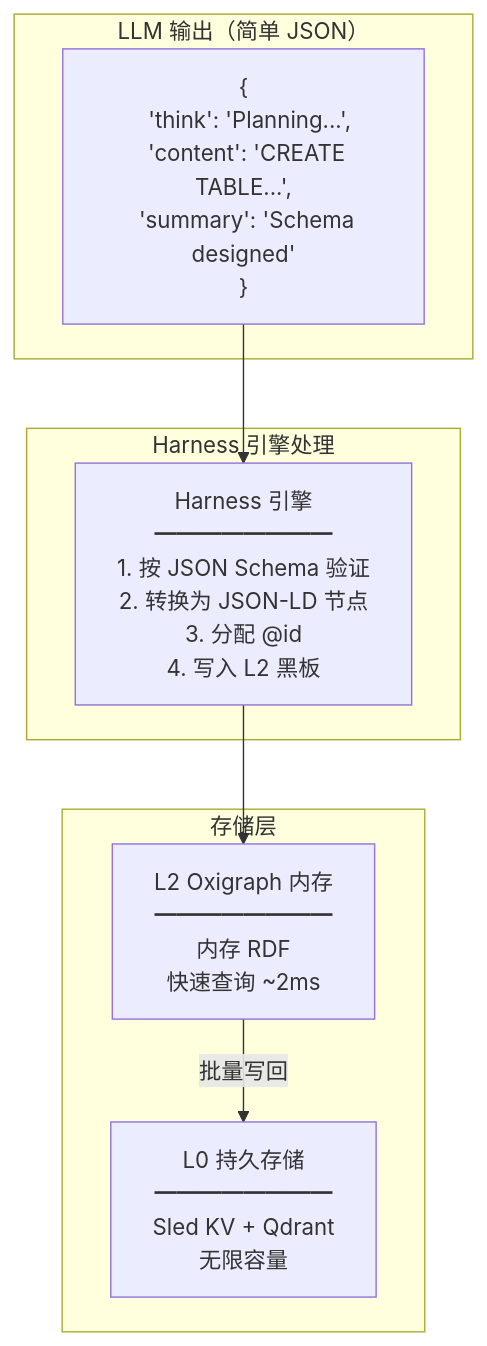
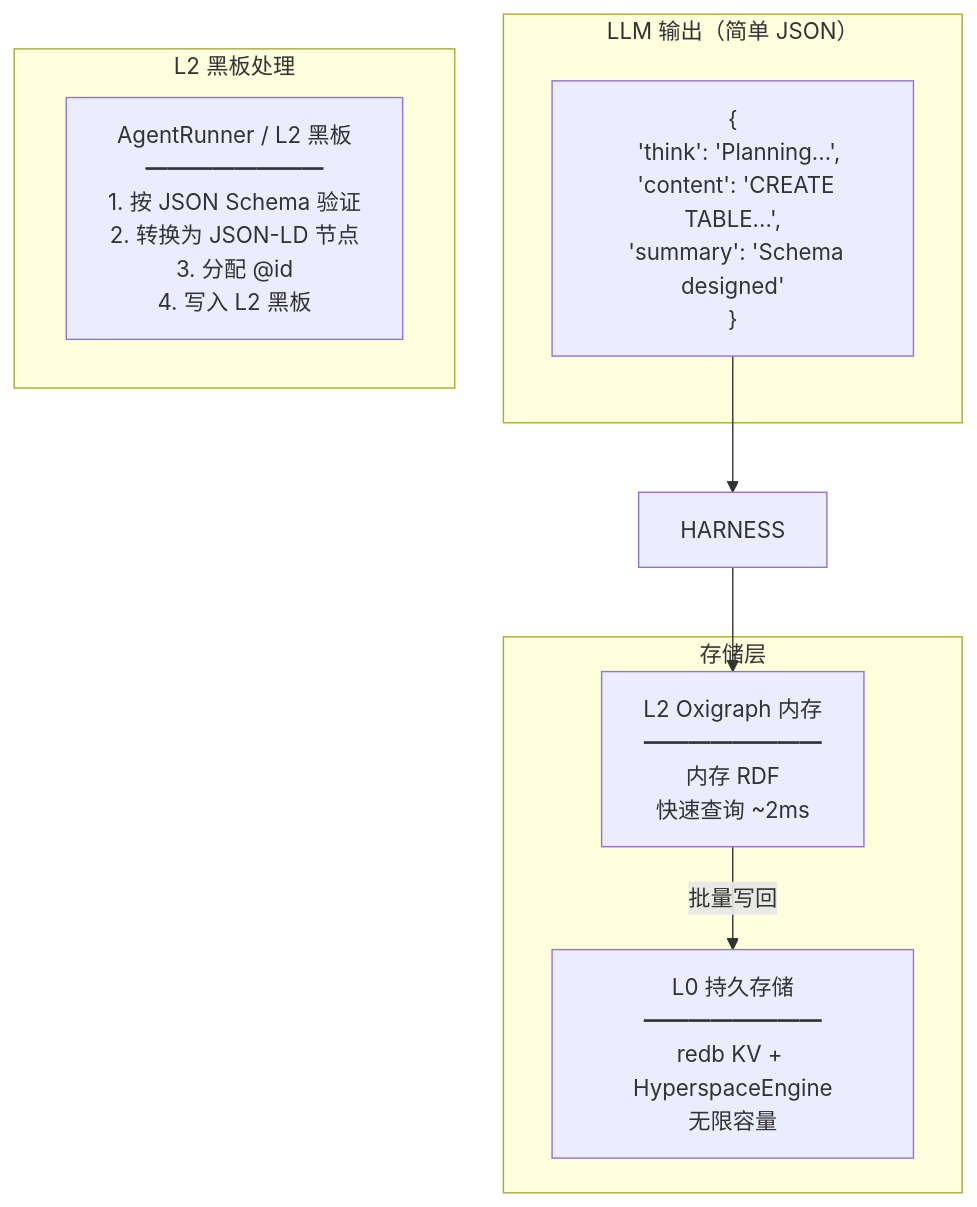
Before and after one commit to skaiy/Wild_AgentOS: the seventh of 17 diagrams in docs/DESIGN_DETAIL.zh.md, drawn with Mermaid. The commit also changed other lines of this file and 8 other files, not shown here.

````diff
--- a/docs/DESIGN_DETAIL.zh.md
+++ b/docs/DESIGN_DETAIL.zh.md
@@ -373,19 +373,19 @@
 ```mermaid
 flowchart TB
     subgraph "LLM 输出（简单 JSON）"
         LLM_OUT["{<br/>  'think': 'Planning...',<br/>  'content': 'CREATE TABLE...',<br/>  'summary': 'Schema designed'<br/>}"]
     end
     
-    subgraph "Harness 引擎处理"
-        HARNESS["Harness 引擎<br/>━━━━━━━━<br/>1. 按 JSON Schema 验证<br/>2. 转换为 JSON-LD 节点<br/>3. 分配 @id<br/>4. 写入 L2 黑板"]
+    subgraph "L2 黑板处理"
+        L2BP["AgentRunner / L2 黑板<br/>━━━━━━━━<br/>1. 按 JSON Schema 验证<br/>2. 转换为 JSON-LD 节点<br/>3. 分配 @id<br/>4. 写入 L2 黑板"]
     end
     
     subgraph "存储层"
         L2_MEM["L2 Oxigraph 内存<br/>━━━━━━━━<br/>内存 RDF<br/>快速查询 ~2ms"]
-        L0_STORE["L0 持久存储<br/>━━━━━━━━<br/>Sled KV + Qdrant<br/>无限容量"]
+        L0_STORE["L0 持久存储<br/>━━━━━━━━<br/>redb KV + HyperspaceEngine<br/>无限容量"]
     end
     
     LLM_OUT --> HARNESS
     HARNESS --> L2_MEM
     L2_MEM -->|批量写回| L0_STORE
 ```
````
